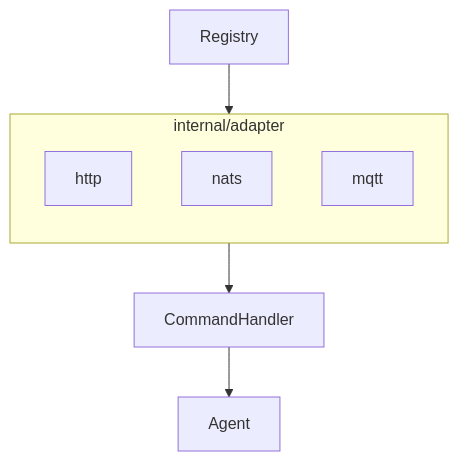
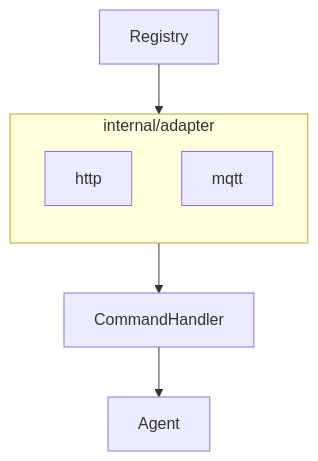
The third of 5 diagrams in site/content/internals/architecture.md (carlosprados/keystone), drawn with Mermaid before and after one commit. The commit also changed other lines of this file and 34 other files, not shown here.

````diff
--- a/site/content/internals/architecture.md
+++ b/site/content/internals/architecture.md
@@ -132,12 +129,11 @@
 ```mermaid
 flowchart TB
     subgraph AD["internal/adapter"]
         direction TB
         H["http"]
-        N["nats"]
         M["mqtt"]
     end
     REG["Registry"] --> AD
     AD --> CH["CommandHandler"]
     CH --> A["Agent"]
 ```
````
